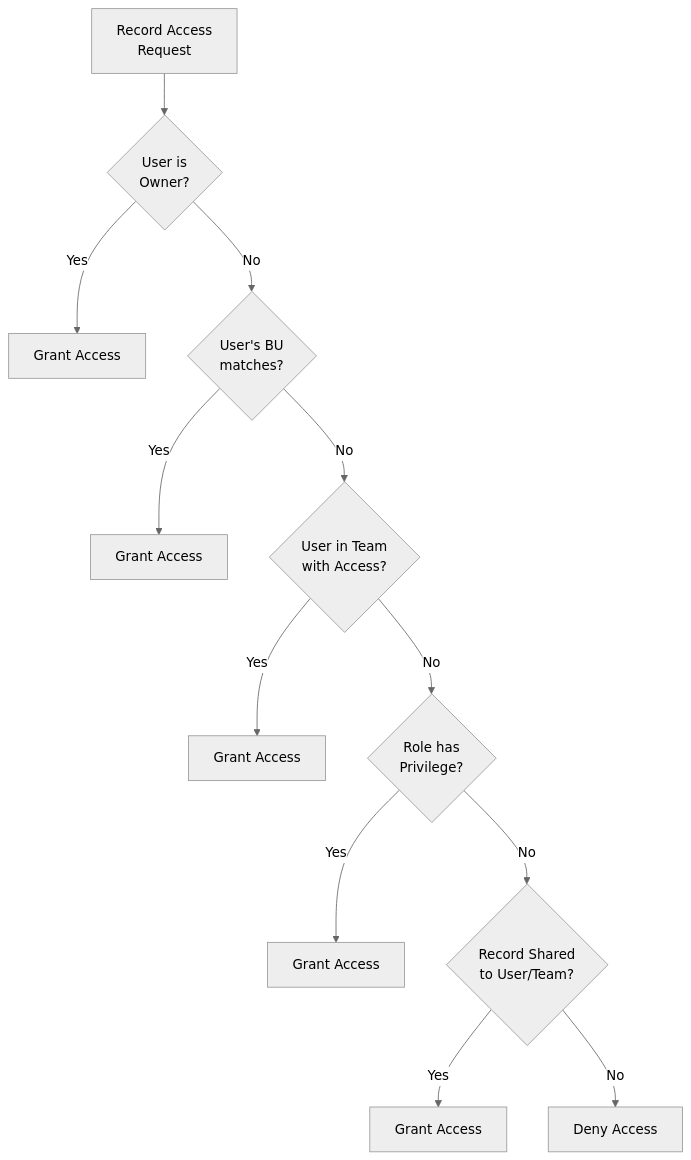
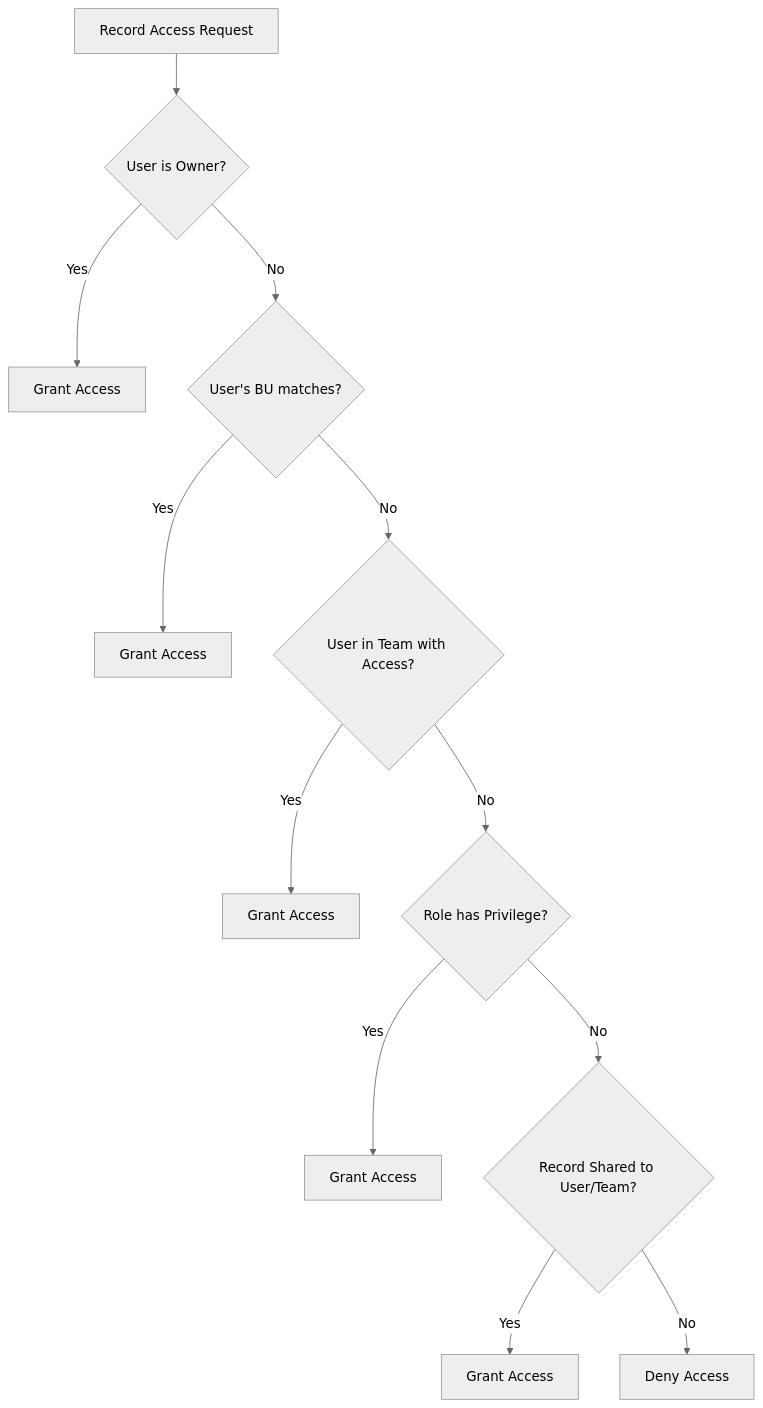
One commit to JohnDevaSahayam/Dynamic-365-Database-Documentation changed diagram 11 of 15 in D365_Mermaid_Diagrams.md. Above: the diagram before and after it, drawn with Mermaid (neutral theme). The commit also changed other lines of this file, not shown here.

Commit message:
mermaid diagram docment changes

````diff
--- a/D365_Mermaid_Diagrams.md
+++ b/D365_Mermaid_Diagrams.md
@@ -1431,49 +1162,32 @@
 ```mermaid
 flowchart TD
-    %% ==================== RECORD ACCESS DECISION ====================
+    REQUEST["Record Access Request"]
     
-    REQUEST["Record Access<br/>Request"]
-    
-    %% Ownership Check
-    OWNER_CHECK{"User is<br/>Owner?"}
+    OWNER_CHECK{"User is Owner?"}
     OWNER_YES["Grant Access"]
-    
-    %% BU Check
-    BU_CHECK{"User's BU<br/>matches?"}
+    BU_CHECK{"User's BU matches?"}
     BU_YES["Grant Access"]
-    
-    %% Team Check
-    TEAM_CHECK{"User in Team<br/>with Access?"}
+    TEAM_CHECK{"User in Team with Access?"}
     TEAM_YES["Grant Access"]
-    
-    %% Role Check
-    ROLE_CHECK{"Role has<br/>Privilege?"}
+    ROLE_CHECK{"Role has Privilege?"}
     ROLE_YES["Grant Access"]
-    
-    %% Share Check
-    SHARE_CHECK{"Record Shared<br/>to User/Team?"}
+    SHARE_CHECK{"Record Shared to User/Team?"}
     SHARE_YES["Grant Access"]
-    
     DENY["Deny Access"]
     
-    %% Flow
     REQUEST --> OWNER_CHECK
     OWNER_CHECK -->|Yes| OWNER_YES
     OWNER_CHECK -->|No| BU_CHECK
-    
     BU_CHECK -->|Yes| BU_YES
     BU_CHECK -->|No| TEAM_CHECK
-    
     TEAM_CHECK -->|Yes| TEAM_YES
     TEAM_CHECK -->|No| ROLE_CHECK
-    
     ROLE_CHECK -->|Yes| ROLE_YES
     ROLE_CHECK -->|No| SHARE_CHECK
-    
     SHARE_CHECK -->|Yes| SHARE_YES
     SHARE_CHECK -->|No| DENY
     
     class REQUEST fill:#e8eaf6,stroke:#3f51b5
     class OWNER_YES,BU_YES,TEAM_YES,ROLE_YES,SHARE_YES fill:#c8e6c9,stroke:#2e7d32
     class DENY fill:#ffcdd2,stroke:#c62828
 ```
````
